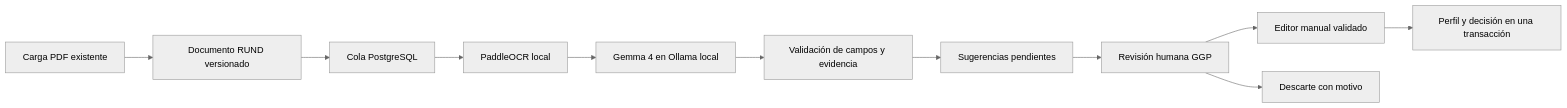
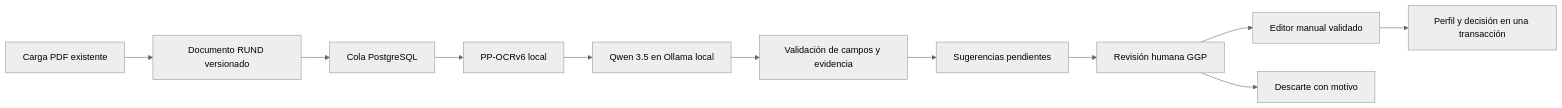
Before and after one commit to hernan-Saroa/Plataformacomunidadesap: the diagram in docs/rund/REQ-RUND-F014-extraccion-experimental.md, drawn with Mermaid (neutral theme). The commit also changed other lines of this file and 54 other files, not shown here.

````diff
--- a/docs/rund/REQ-RUND-F014-extraccion-experimental.md
+++ b/docs/rund/REQ-RUND-F014-extraccion-experimental.md
@@ -31,13 +31,13 @@
 ```mermaid
 flowchart LR
   A[Carga PDF existente] --> B[Documento RUND versionado]
   B --> C[Cola PostgreSQL]
-  C --> D[PaddleOCR local]
-  D --> E[Gemma 4 en Ollama local]
+  C --> D[PP-OCRv6 local]
+  D --> E[Qwen 3.5 en Ollama local]
   E --> F[Validación de campos y evidencia]
   F --> G[Sugerencias pendientes]
   G --> H[Revisión humana GGP]
   H --> I[Editor manual validado]
   I --> J[Perfil y decisión en una transacción]
   H --> K[Descarte con motivo]
 ```
````
